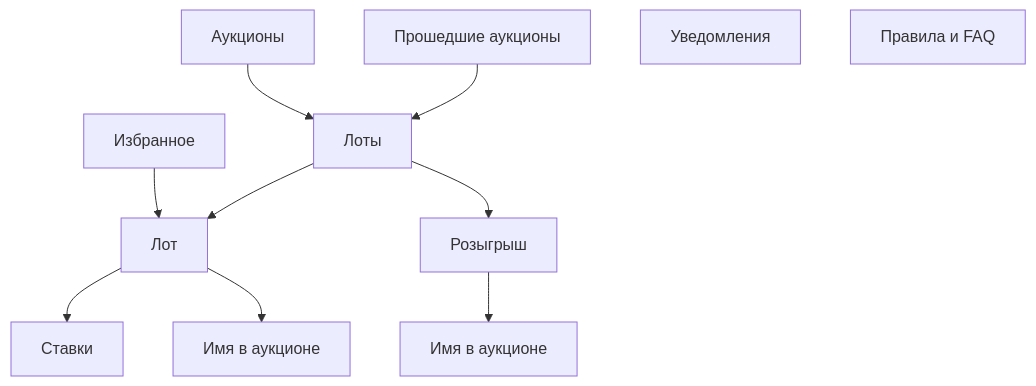
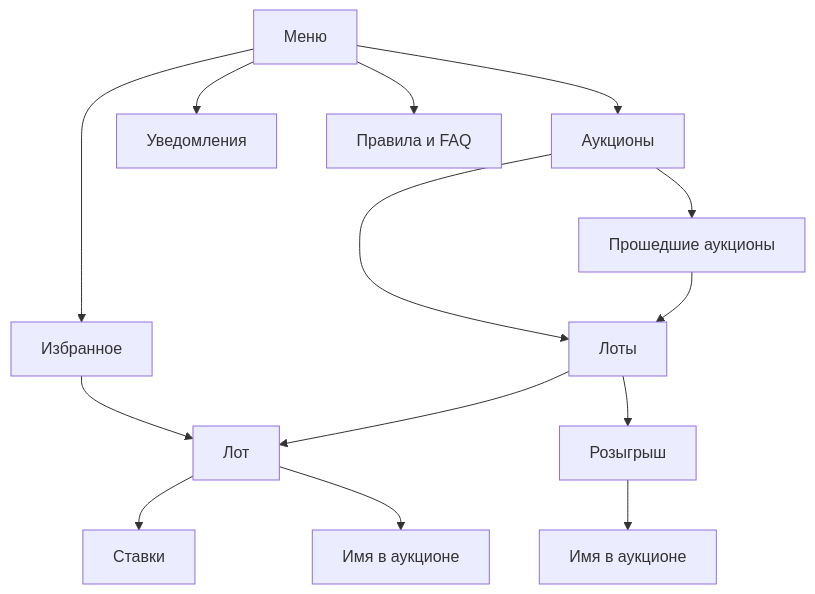
One commit to Solguficky/solguficky-hub changed the second of 2 diagrams in docs/design/bot/design-code.md. Above: the diagram before and after it, drawn with Mermaid. The commit also changed other lines of this file and 63 other files, not shown here.

````diff
--- a/docs/design/bot/design-code.md
+++ b/docs/design/bot/design-code.md
@@ -94,16 +98,17 @@
 ```mermaid
 flowchart TD
-    auctions[Аукционы]
-    past[Прошедшие аукционы]
-    favorites[Избранное]
-    notify[Уведомления]
-    faq[Правила и FAQ]
+    menu[Меню]
+    menu --> auctions[Аукционы]
+    menu --> favorites[Избранное]
+    menu --> notify[Уведомления]
+    menu --> faq[Правила и FAQ]
+    auctions --> past[Прошедшие аукционы]
     auctions --> feed[Лоты]
     favorites --> lot
     past --> feed
     feed --> lot[Лот]
     lot --> history[Ставки]
     lot --> name[Имя в аукционе]
     feed --> raffle[Розыгрыш]
     raffle --> raffleName[Имя в аукционе]
 ```
````
